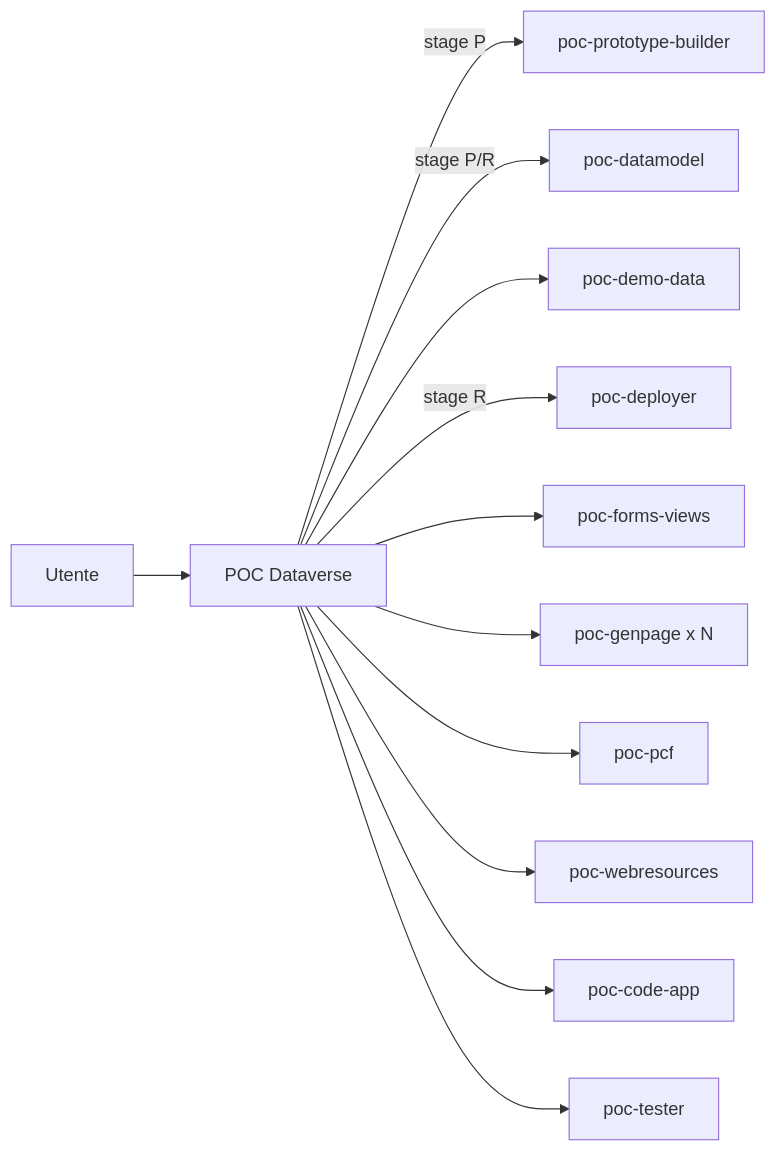
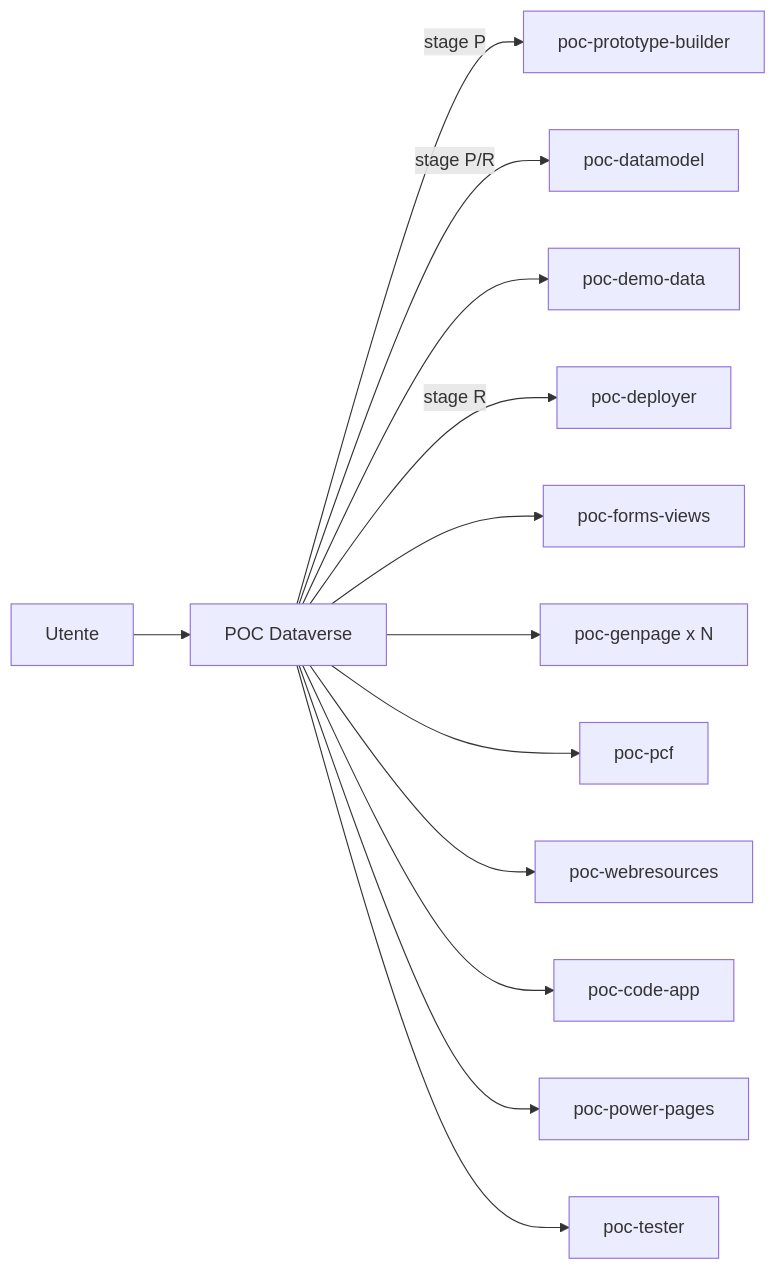
Before and after one commit to raythekool/power-platform-plugins: the diagram in plugins/dataverse-poc/README.md, drawn with Mermaid. The commit also changed other lines of this file and 64 other files, not shown here.

First line of the commit message:
dataverse-poc 1.4.0: Power Pages SPA POCs and a planning guide for agents

````diff
--- a/plugins/dataverse-poc/README.md
+++ b/plugins/dataverse-poc/README.md
@@ -49,14 +53,15 @@
 ```mermaid
 flowchart LR
     U[Utente] --> O[POC Dataverse]
     O -->|stage P| PB[poc-prototype-builder]
     O -->|stage P/R| DM[poc-datamodel]
     O --> DD[poc-demo-data]
     O -->|stage R| DEP[poc-deployer]
     O --> FV[poc-forms-views]
     O --> GP[poc-genpage x N]
     O --> PCF[poc-pcf]
     O --> WR[poc-webresources]
     O --> CA[poc-code-app]
+    O --> PP[poc-power-pages]
     O --> T[poc-tester]
 ```
````
